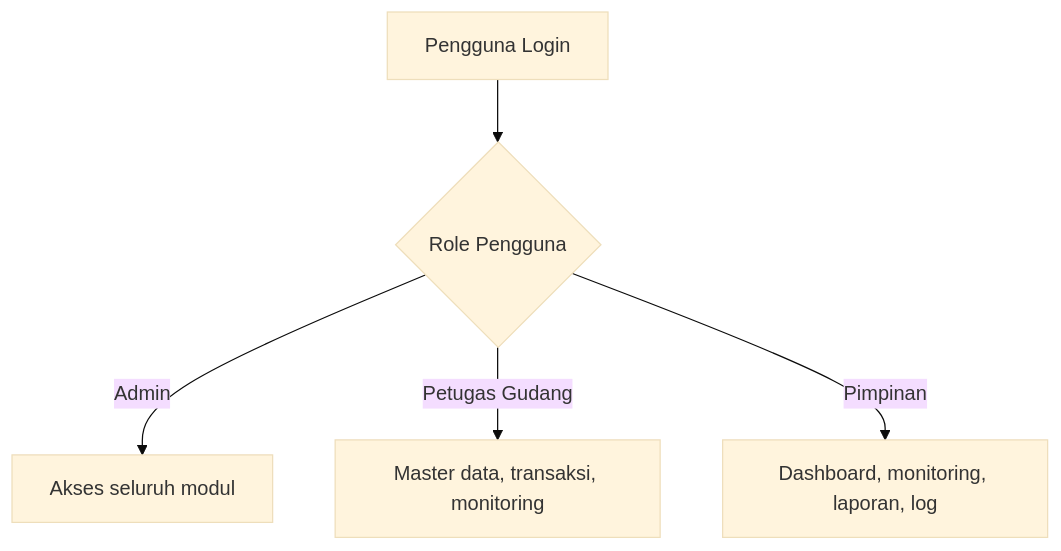
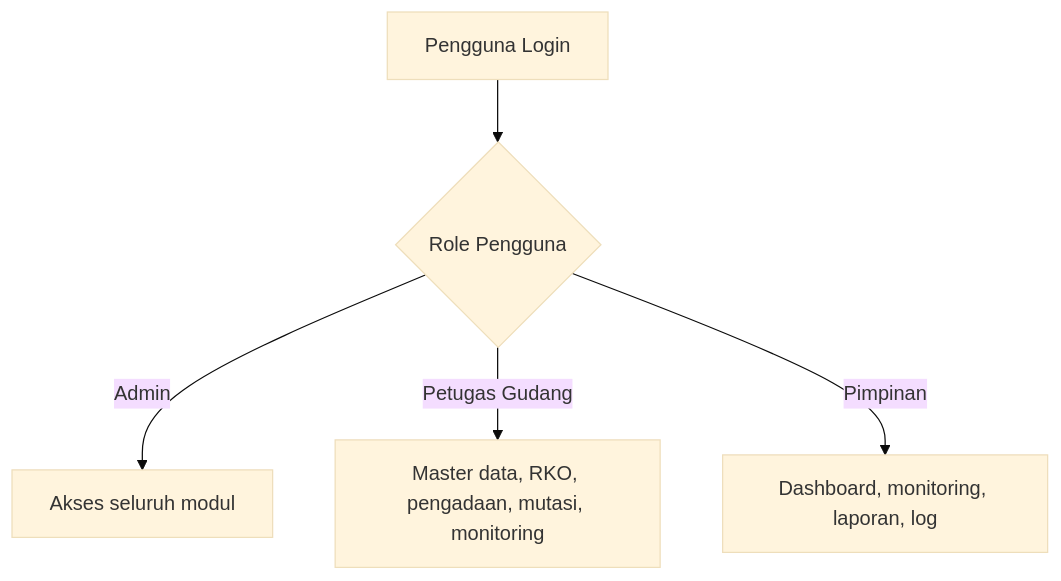
One commit to MochJuang/aliftha-monitroing-obat changed the third of 5 diagrams in docs/bab-4-hasil-dan-pembahasan.md. Above: the diagram before and after it, drawn with Mermaid (base theme). The commit also changed other lines of this file and 114 other files, not shown here.

````diff
--- a/docs/bab-4-hasil-dan-pembahasan.md
+++ b/docs/bab-4-hasil-dan-pembahasan.md
@@ -103,7 +107,7 @@
 ```mermaid
 flowchart TD
     A["Pengguna Login"] --> B{"Role Pengguna"}
     B -->|Admin| C["Akses seluruh modul"]
-    B -->|Petugas Gudang| D["Master data, transaksi, monitoring"]
+    B -->|Petugas Gudang| D["Master data, RKO, pengadaan, mutasi, monitoring"]
     B -->|Pimpinan| E["Dashboard, monitoring, laporan, log"]
 ```
````
